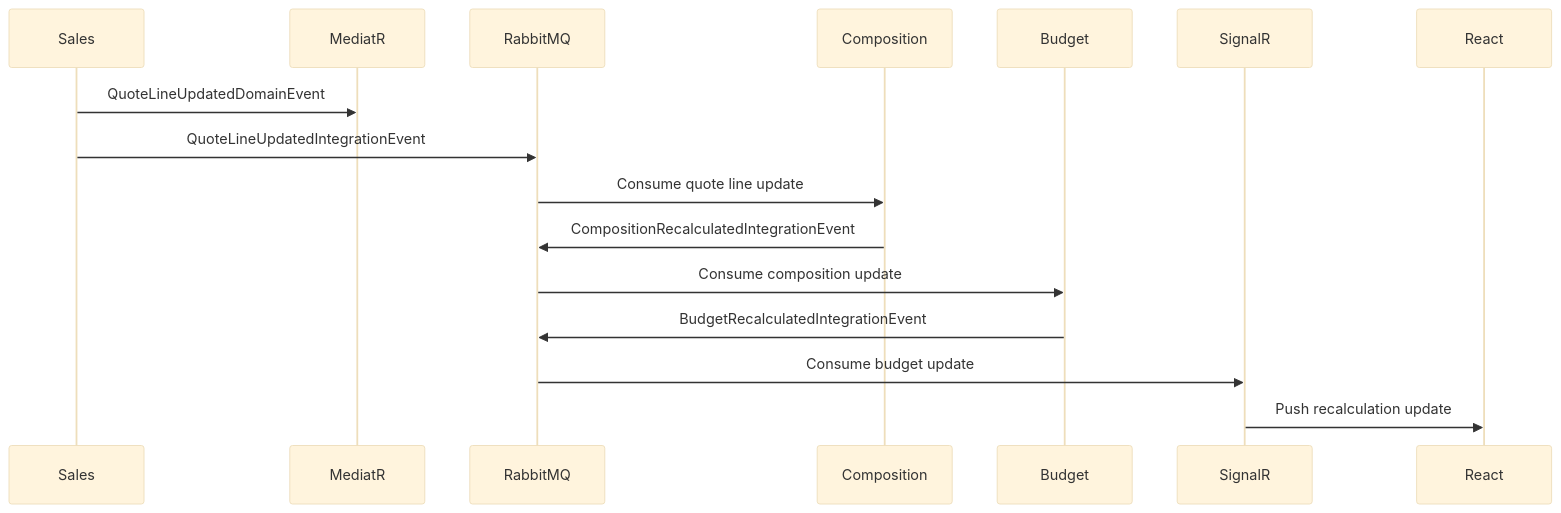
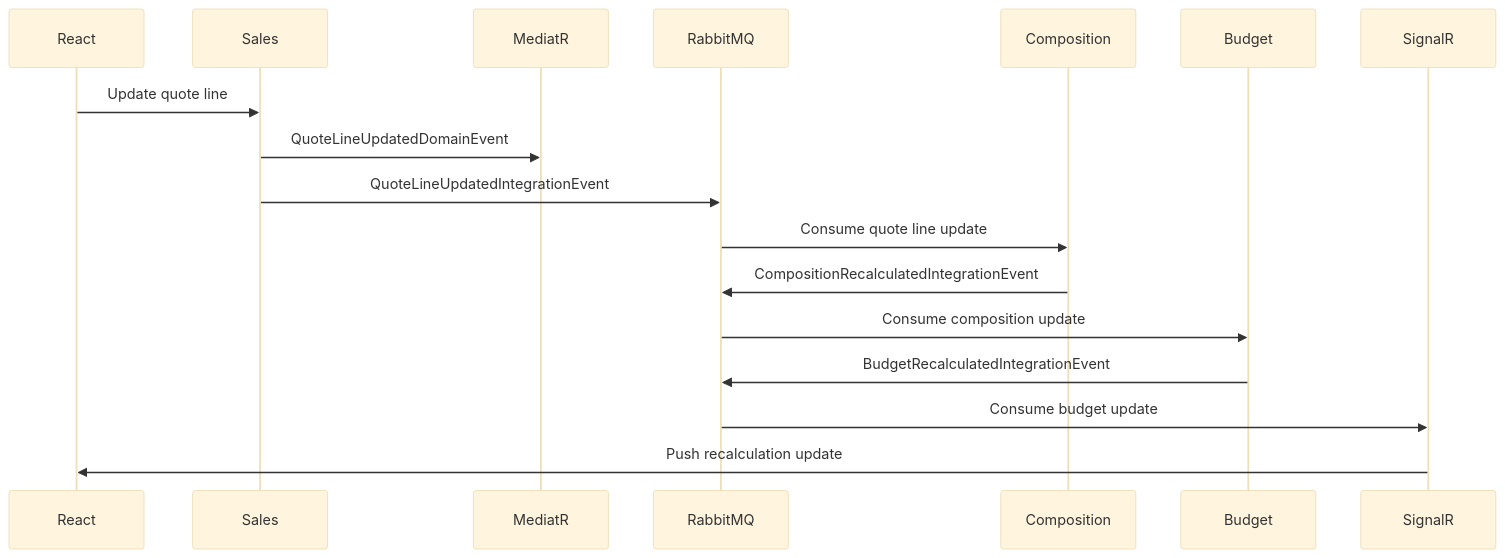
Before and after one commit to haoyucheng369-gif/construction-budgeting-platform: the second of 2 diagrams in README.md, drawn with Mermaid (base theme). The commit also changed other lines of this file and 1 other file, not shown here.

Commit message:
Refine project scope and architecture outline

````diff
--- a/README.md
+++ b/README.md
@@ -60,19 +94,20 @@
 ```mermaid
 sequenceDiagram
+    participant React
     participant Sales
     participant MediatR
     participant RabbitMQ
     participant Composition
     participant Budget
     participant SignalR
-    participant React
 
+    React->>Sales: Update quote line
     Sales->>MediatR: QuoteLineUpdatedDomainEvent
     Sales->>RabbitMQ: QuoteLineUpdatedIntegrationEvent
     RabbitMQ->>Composition: Consume quote line update
     Composition->>RabbitMQ: CompositionRecalculatedIntegrationEvent
     RabbitMQ->>Budget: Consume composition update
     Budget->>RabbitMQ: BudgetRecalculatedIntegrationEvent
     RabbitMQ->>SignalR: Consume budget update
     SignalR->>React: Push recalculation update
 ```
````
